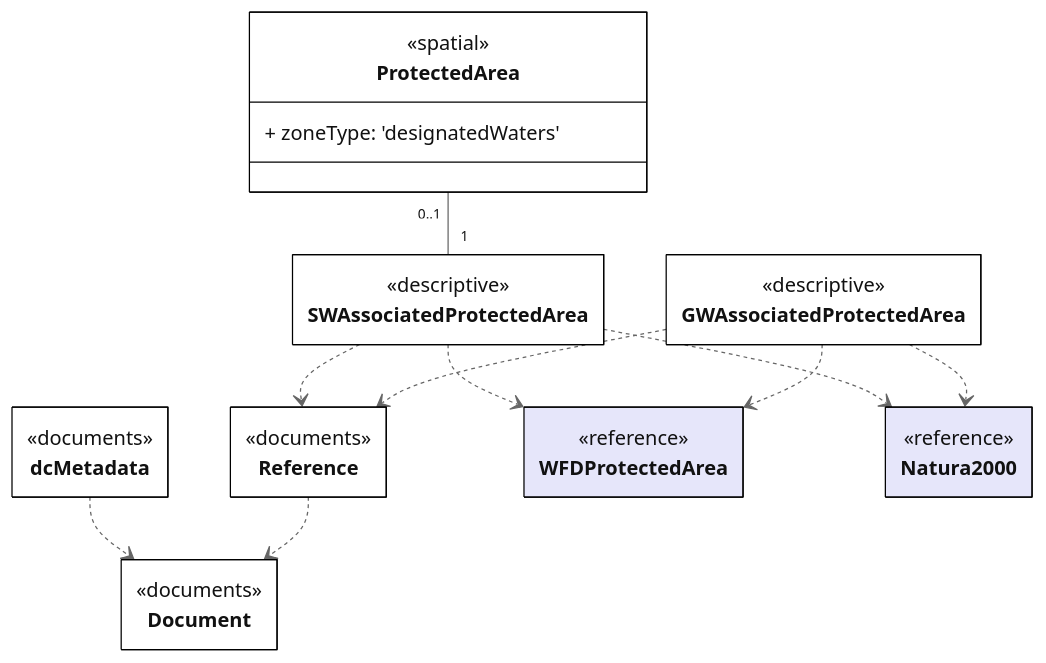
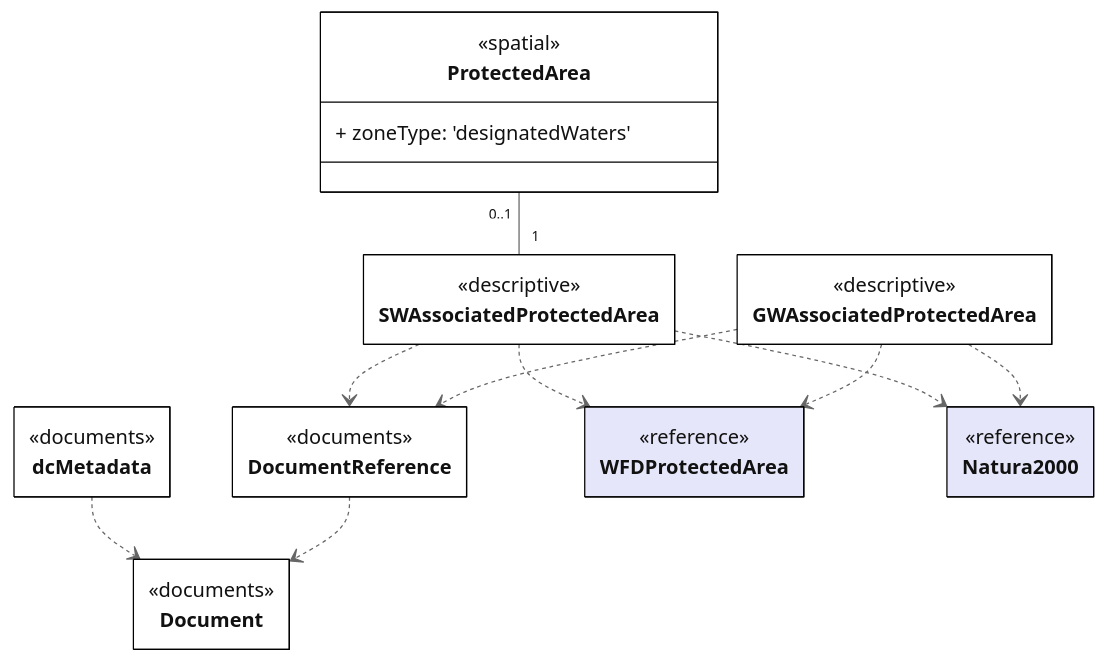
Before and after one commit to eeadata/WISE.WFD.Documentation: the diagram in docs/DataModelReview/mmd/ProtectedArea_4thCycle_Overview_ClassDiagram.mmd, drawn with Mermaid. The commit also changed 14 other files, not shown here.

First line of the commit message:
Correcting typo in the DocumentReference table name.

```diff
--- a/docs/DataModelReview/mmd/ProtectedArea_4thCycle_Overview_ClassDiagram.mmd
+++ b/docs/DataModelReview/mmd/ProtectedArea_4thCycle_Overview_ClassDiagram.mmd
@@ -1,38 +1,38 @@
 ---
 config:
   class:
     hideEmptyMembersBox: true
   layout: dagre
   theme: neutral
 ---
 classDiagram
 direction TB
 
 class dcMetadata{<<documents>>}
-class Reference{<<documents>>}
+class DocumentReference{<<documents>>}
 class Document {<<documents>>}
 
 class GWAssociatedProtectedArea{<<descriptive>>}
 class SWAssociatedProtectedArea{<<descriptive>>}
 
 class ProtectedArea{<<spatial>>
 + zoneType: 'designatedWaters'}
 
 class WFDProtectedArea:::otherDataset{<<reference>>}
 class Natura2000:::otherDataset{<<reference>>}
 
 dcMetadata ..> Document
-Reference ..> Document
-SWAssociatedProtectedArea ..> Reference 
-GWAssociatedProtectedArea ..> Reference 
+DocumentReference ..> Document
+SWAssociatedProtectedArea ..> DocumentReference 
+GWAssociatedProtectedArea ..> DocumentReference 
 
 SWAssociatedProtectedArea ..> WFDProtectedArea 
 GWAssociatedProtectedArea ..> WFDProtectedArea 
 SWAssociatedProtectedArea ..> Natura2000 
 GWAssociatedProtectedArea ..> Natura2000 
 
 ProtectedArea "0..1" -- "1" SWAssociatedProtectedArea 
 
 classDef default fill:white,stroke:#000;
 classDef otherDataset fill:lavender,stroke:#000;
 classDef forFixing fill:white,stroke:#f00;
```
